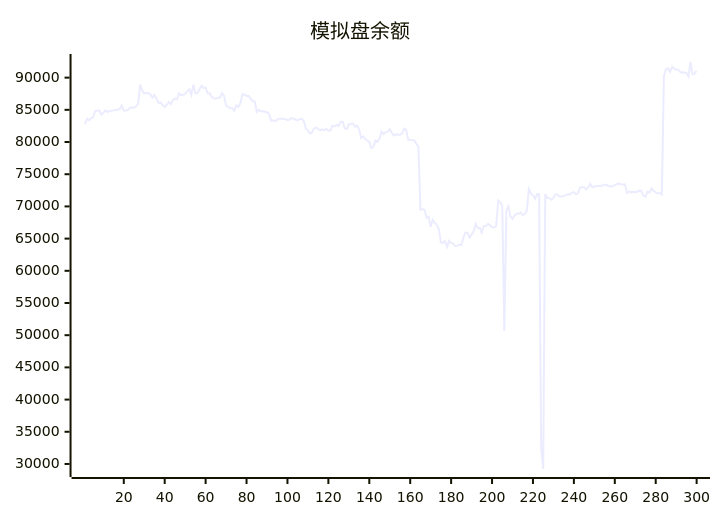
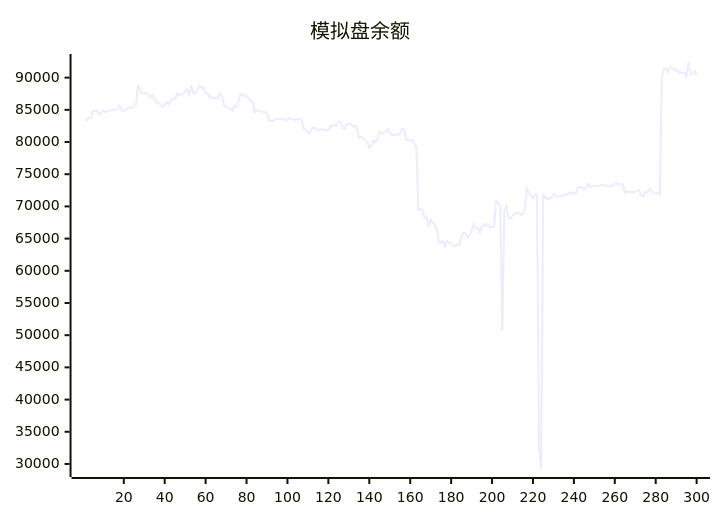
The diagram in README.md (aahl/ai-trading), drawn with Mermaid before and after one commit. The commit also changed other lines of this file and 1 other file, not shown here.

````diff
--- a/README.md
+++ b/README.md
@@ -5,5 +5,5 @@
 ```mermaid
 xychart
     title "模拟盘余额"
-    line [82728,83619,83378,83710,83825,84819,84854,84917,84265,84527,84919,84668,84834,84850,84916,84981,85004,85131,85674,84891,84864,85019,85284,85393,85294,85538,85894,88904,88012,87567,87625,87568,87386,86920,87313,86737,86094,86143,85725,85437,85787,86219,85859,86526,86740,86630,87563,87264,87335,87483,87886,88180,87335,88894,87544,87608,88207,88755,88401,88444,87543,87608,87000,86810,86740,86894,86884,87576,87209,85686,85435,85251,85255,84820,85689,85453,86066,87420,87373,87161,87178,86740,86341,86315,84643,85012,84772,84768,84690,84635,84376,83360,83357,83259,83474,83608,83606,83602,83548,83440,83454,83724,83644,83464,83365,83590,83592,83275,82072,81806,81344,81492,82109,82254,82006,81848,81955,81829,82022,81769,81776,82522,82441,82656,82498,83144,83144,82150,82038,82797,82763,82872,82367,82536,81981,80612,80862,80484,80242,80034,79063,79245,80226,80016,80507,81625,81233,81544,81578,82016,81401,81019,81186,81130,81118,81306,82066,81909,80392,80304,80291,80258,79729,79261,69466,69579,69456,68251,68415,66832,67911,67462,67144,66432,64380,64375,64606,63740,64647,64324,64216,63842,63877,64078,64008,65156,65945,65888,65157,65625,66144,67284,66653,66639,65924,66925,66956,67263,67108,66766,66729,66886,70927,70673,70049,50652,69334,69973,68400,68061,68578,68876,68879,69055,68662,68822,69329,72687,71999,71760,71162,71911,71896,32500,29218,71927,71297,71305,71044,71337,71883,71822,71536,71536,71622,71723,71880,71860,72100,72216,71887,72077,72940,72976,72966,72638,72948,73497,73004,73041,73173,73160,73186,73258,73375,73351,73173,73098,73161,73305,73474,73536,73457,73413,73412,72100,72333,72164,72272,72204,72285,72461,72421,71652,71521,72267,72157,72774,72424,72144,72060,72091,71858,90185,91338,91466,90900,91678,91404,91268,91244,90903,90779,90787,90721,90187,92429,90518,90619,91070]
+    line [83619,83378,83710,83825,84819,84854,84917,84265,84527,84919,84668,84834,84850,84916,84981,85004,85131,85674,84891,84864,85019,85284,85393,85294,85538,85894,88904,88012,87567,87625,87568,87386,86920,87313,86737,86094,86143,85725,85437,85787,86219,85859,86526,86740,86630,87563,87264,87335,87483,87886,88180,87335,88894,87544,87608,88207,88755,88401,88444,87543,87608,87000,86810,86740,86894,86884,87576,87209,85686,85435,85251,85255,84820,85689,85453,86066,87420,87373,87161,87178,86740,86341,86315,84643,85012,84772,84768,84690,84635,84376,83360,83357,83259,83474,83608,83606,83602,83548,83440,83454,83724,83644,83464,83365,83590,83592,83275,82072,81806,81344,81492,82109,82254,82006,81848,81955,81829,82022,81769,81776,82522,82441,82656,82498,83144,83144,82150,82038,82797,82763,82872,82367,82536,81981,80612,80862,80484,80242,80034,79063,79245,80226,80016,80507,81625,81233,81544,81578,82016,81401,81019,81186,81130,81118,81306,82066,81909,80392,80304,80291,80258,79729,79261,69466,69579,69456,68251,68415,66832,67911,67462,67144,66432,64380,64375,64606,63740,64647,64324,64216,63842,63877,64078,64008,65156,65945,65888,65157,65625,66144,67284,66653,66639,65924,66925,66956,67263,67108,66766,66729,66886,70927,70673,70049,50652,69334,69973,68400,68061,68578,68876,68879,69055,68662,68822,69329,72687,71999,71760,71162,71911,71896,32500,29218,71927,71297,71305,71044,71337,71883,71822,71536,71536,71622,71723,71880,71860,72100,72216,71887,72077,72940,72976,72966,72638,72948,73497,73004,73041,73173,73160,73186,73258,73375,73351,73173,73098,73161,73305,73474,73536,73457,73413,73412,72100,72333,72164,72272,72204,72285,72461,72421,71652,71521,72267,72157,72774,72424,72144,72060,72091,71858,90185,91338,91466,90900,91678,91404,91268,91244,90903,90779,90787,90721,90187,92429,90518,90619,91070,90328]
 ```
````
